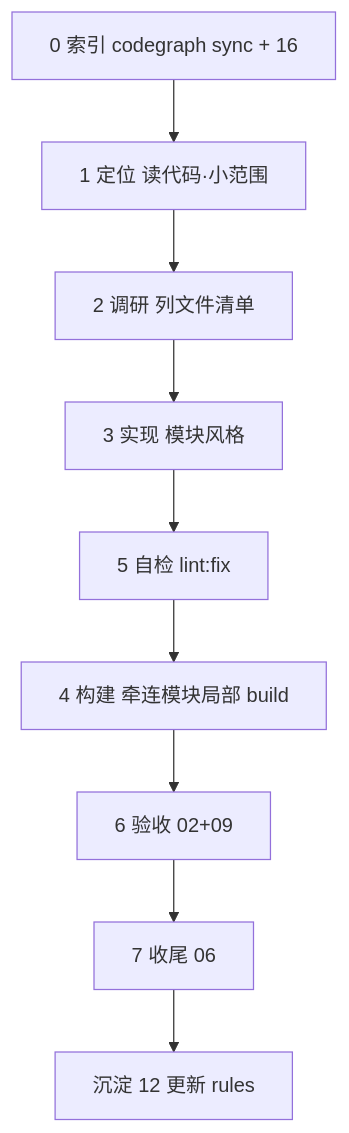
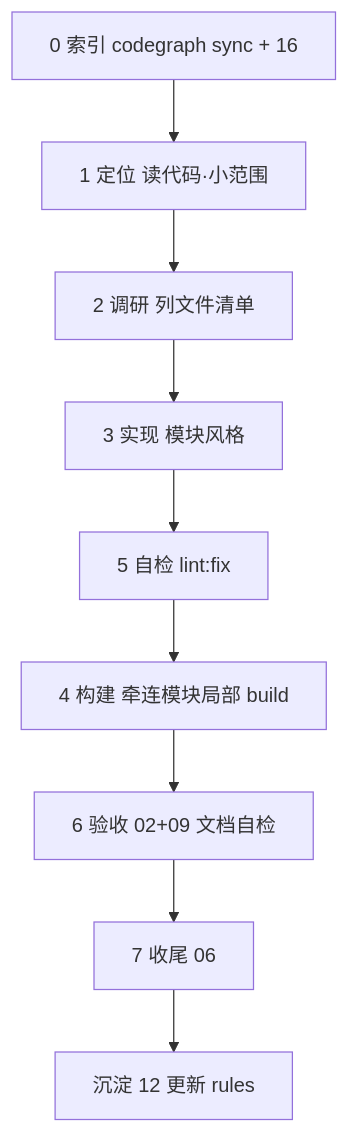
One commit to 142vip/core-x changed the diagram in .cursor/rules/engineering/01-执行流程.mdc. Above: the diagram before and after it, drawn with Mermaid. The commit also changed other lines of this file and 18 other files, not shown here.

````diff
--- a/.cursor/rules/engineering/01-执行流程.mdc
+++ b/.cursor/rules/engineering/01-执行流程.mdc
@@ -12,11 +12,11 @@
 ```mermaid
 flowchart TD
   S0["0 索引 codegraph sync + 16"] --> S1["1 定位 读代码·小范围"]
   S1 --> S2["2 调研 列文件清单"]
   S2 --> S3["3 实现 模块风格"]
   S3 --> S5["5 自检 lint:fix"]
   S5 --> S4["4 构建 牵连模块局部 build"]
-  S4 --> S6["6 验收 02+09"]
+  S4 --> S6["6 验收 02+09 文档自检"]
   S6 --> S7["7 收尾 06"]
   S7 --> S7b["沉淀 12 更新 rules"]
 ```
````
